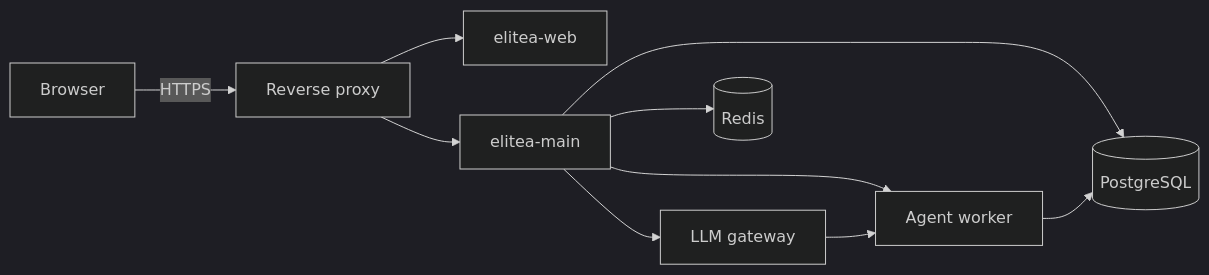
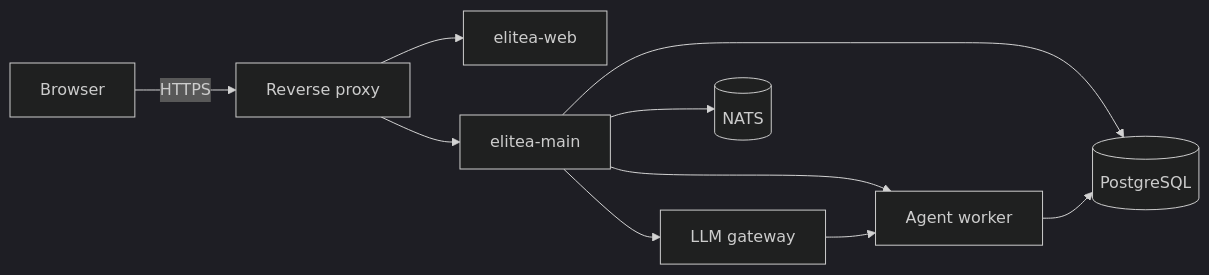
One commit to elitea-ng/elitea-platform changed the diagram in apps/elitea-web/src/entries/docs/content/getting-started/install.mdx. Above: the diagram before and after it, drawn with Mermaid (dark theme). The commit also changed 27 other files, not shown here.

First line of the commit message:
chore(deploy): give elitea-main the shared NATS and retire the plain Redis

````diff
--- a/apps/elitea-web/src/entries/docs/content/getting-started/install.mdx
+++ b/apps/elitea-web/src/entries/docs/content/getting-started/install.mdx
@@ -106,12 +106,12 @@
 ```mermaid
 flowchart LR
     Browser -->|HTTPS| Edge[Reverse proxy]
     Edge --> Web[elitea-web]
     Edge --> Main[elitea-main]
     Main --> Gateway[LLM gateway]
     Main --> Worker[Agent worker]
     Gateway --> Worker
     Main --> DB[(PostgreSQL)]
-    Main --> Redis[(Redis)]
+    Main --> NATS[(NATS)]
     Worker --> DB
 ```
````
